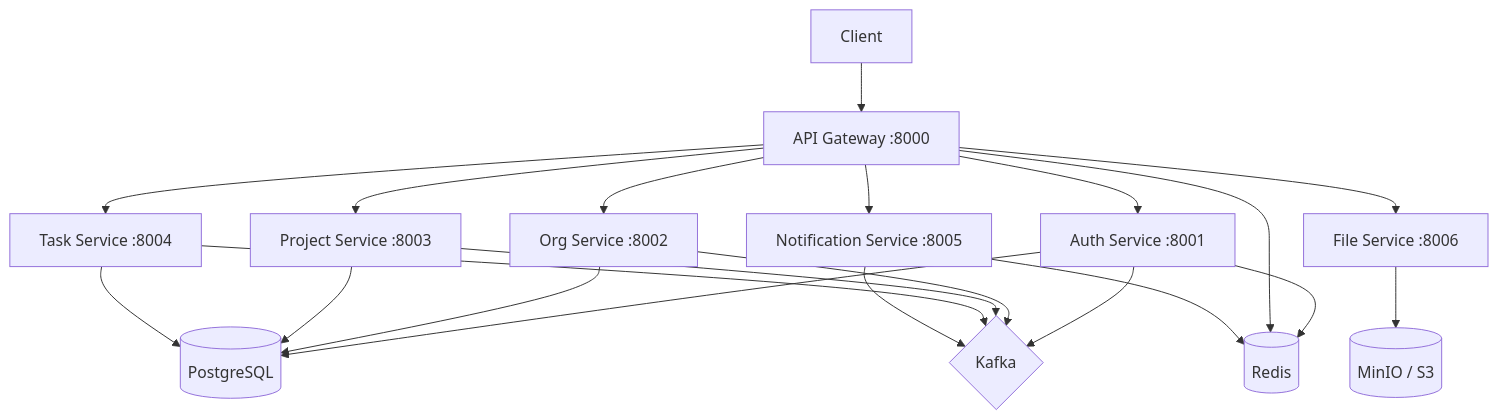
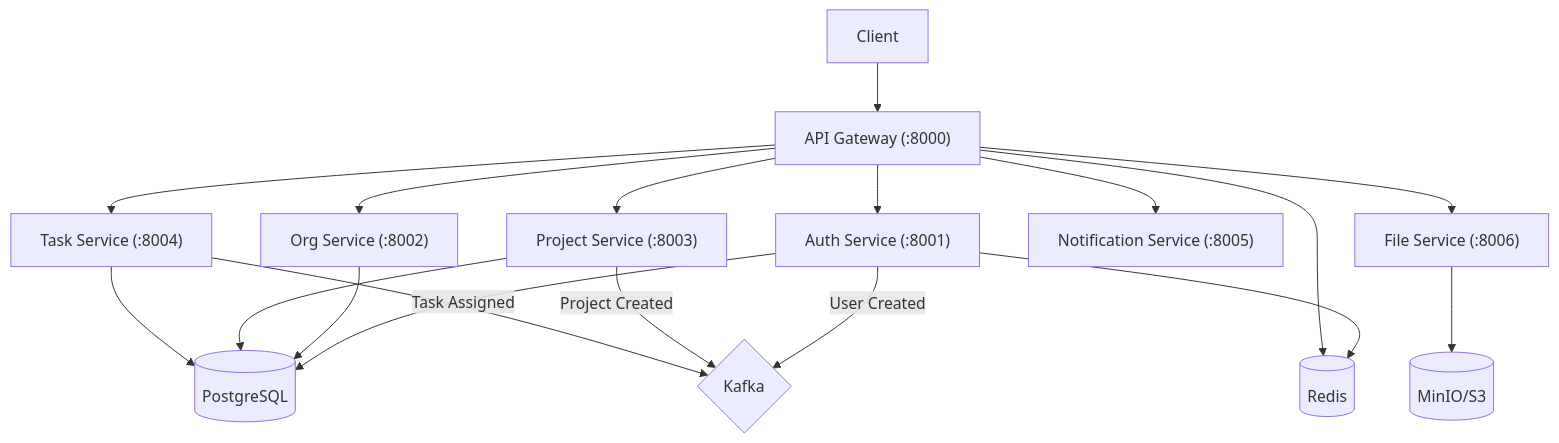
Before and after one commit to JohnOlorunsogo/Task-and-Project-Management-SaaS: the diagram in README.md, drawn with Mermaid. The commit also changed other lines of this file, not shown here.

````diff
--- a/README.md
+++ b/README.md
@@ -9,27 +28,24 @@
 ```mermaid
 graph TB
-    Client --> GW["API Gateway :8000"]
-    GW --> Auth["Auth Service :8001"]
-    GW --> Org["Org Service :8002"]
-    GW --> Proj["Project Service :8003"]
-    GW --> Task["Task Service :8004"]
-    GW --> Notif["Notification Service :8005"]
-    GW --> File["File Service :8006"]
+    Client --> GW["API Gateway (:8000)"]
+    GW --> Auth["Auth Service (:8001)"]
+    GW --> Org["Org Service (:8002)"]
+    GW --> Proj["Project Service (:8003)"]
+    GW --> Task["Task Service (:8004)"]
+    GW --> Notif["Notification Service (:8005)"]
+    GW --> File["File Service (:8006)"]
     
     Auth --> PG[(PostgreSQL)]
     Org --> PG
     Proj --> PG
     Task --> PG
     
     Auth --> Redis[(Redis)]
     GW --> Redis
-    Notif --> Redis
     
-    Auth --> Kafka{Kafka}
-    Org --> Kafka
-    Proj --> Kafka
-    Task --> Kafka
-    Notif --> Kafka
+    Auth --"User Created"--> Kafka{Kafka}
+    Proj --"Project Created"--> Kafka
+    Task --"Task Assigned"--> Kafka
     
-    File --> MinIO[(MinIO / S3)]
+    File --> MinIO[(MinIO/S3)]
 ```
````
